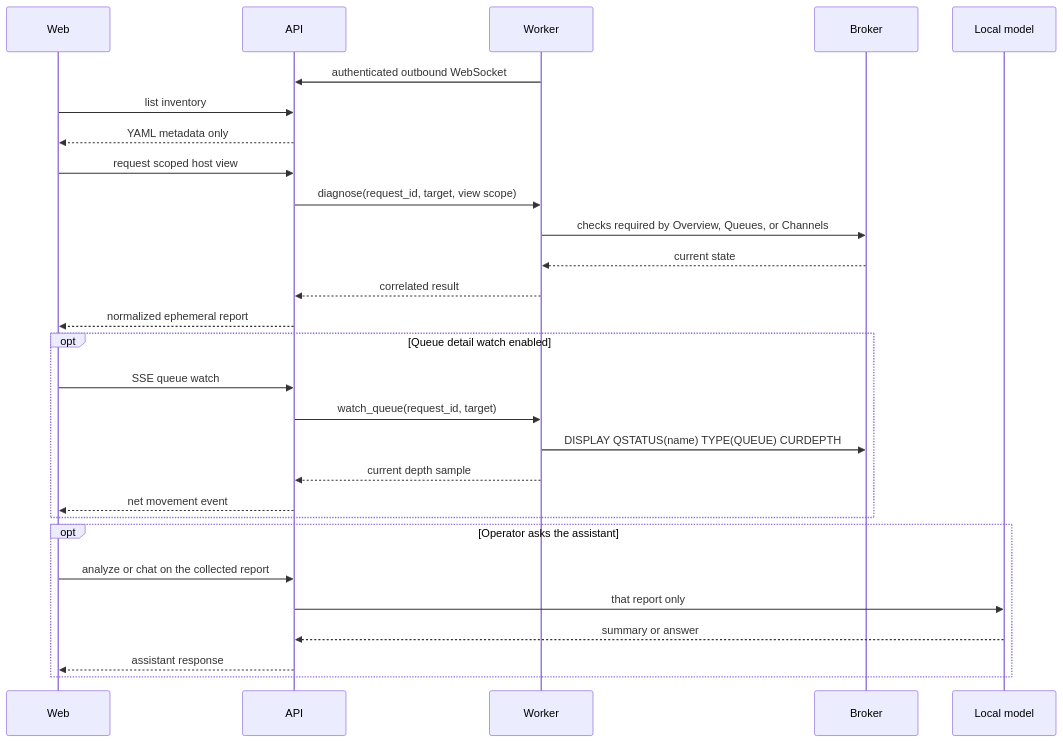
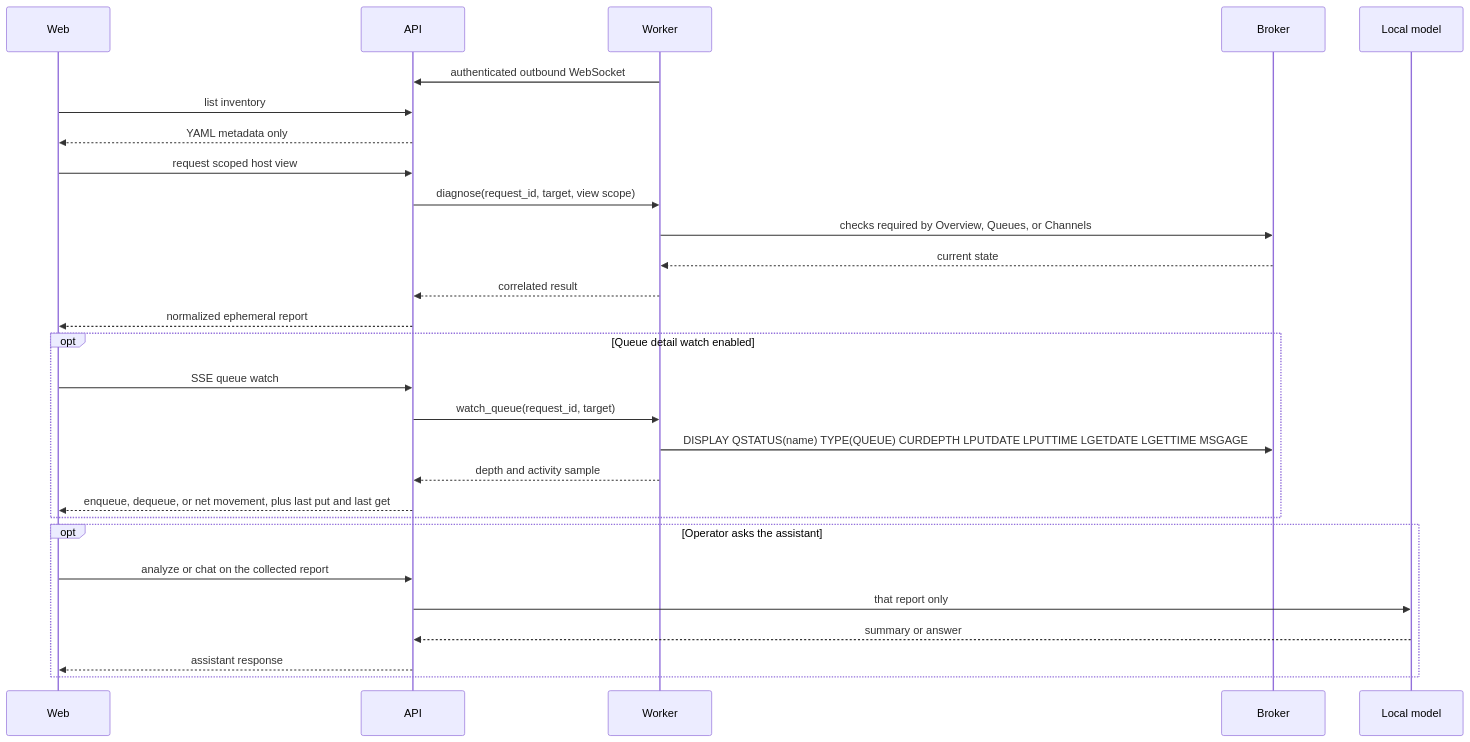
The diagram in docs/architecture.md (mqdeck/mqdeck), drawn with Mermaid before and after one commit. The commit also changed other lines of this file and 6 other files, not shown here.

````diff
--- a/docs/architecture.md
+++ b/docs/architecture.md
@@ -5,30 +5,30 @@
 ```mermaid
 sequenceDiagram
     participant Web
     participant API
     participant Worker
     participant Broker
     participant Model as Local model
     Worker->>API: authenticated outbound WebSocket
     Web->>API: list inventory
     API-->>Web: YAML metadata only
     Web->>API: request scoped host view
     API->>Worker: diagnose(request_id, target, view scope)
     Worker->>Broker: checks required by Overview, Queues, or Channels
     Broker-->>Worker: current state
     Worker-->>API: correlated result
     API-->>Web: normalized ephemeral report
     opt Queue detail watch enabled
       Web->>API: SSE queue watch
       API->>Worker: watch_queue(request_id, target)
-      Worker->>Broker: DISPLAY QSTATUS(name) TYPE(QUEUE) CURDEPTH
-      Worker-->>API: current depth sample
-      API-->>Web: net movement event
+      Worker->>Broker: DISPLAY QSTATUS(name) TYPE(QUEUE) CURDEPTH LPUTDATE LPUTTIME LGETDATE LGETTIME MSGAGE
+      Worker-->>API: depth and activity sample
+      API-->>Web: enqueue, dequeue, or net movement, plus last put and last get
     end
     opt Operator asks the assistant
       Web->>API: analyze or chat on the collected report
       API->>Model: that report only
       Model-->>API: summary or answer
       API-->>Web: assistant response
     end
 ```
````
